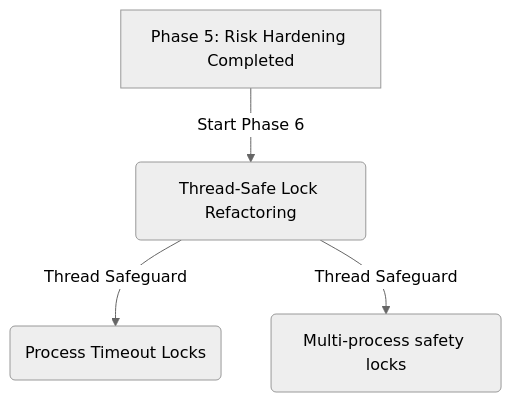
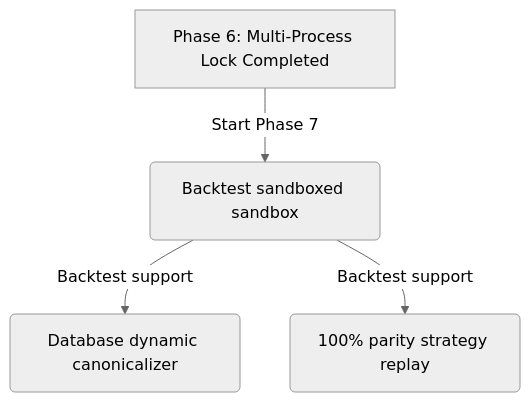
Before and after one commit to johnsonhongyi/pyQuant3: the diagram in stock_standalone/TRADING_KERNEL_PROGRESS.md, drawn with Mermaid (neutral theme). The commit also changed other lines of this file and 8 other files, not shown here.

````diff
--- a/stock_standalone/TRADING_KERNEL_PROGRESS.md
+++ b/stock_standalone/TRADING_KERNEL_PROGRESS.md
@@ -74,6 +79,6 @@
 ```mermaid
 graph TD
-    A[Phase 5: Risk Hardening Completed] -->|Start Phase 6| B(Thread-Safe Lock Refactoring)
-    B -->|Thread Safeguard| B1(Process Timeout Locks)
-    B -->|Thread Safeguard| B2(Multi-process safety locks)
+    A[Phase 6: Multi-Process Lock Completed] -->|Start Phase 7| B(Backtest sandboxed sandbox)
+    B -->|Backtest support| B1(Database dynamic canonicalizer)
+    B -->|Backtest support| B2(100% parity strategy replay)
 ```
````
